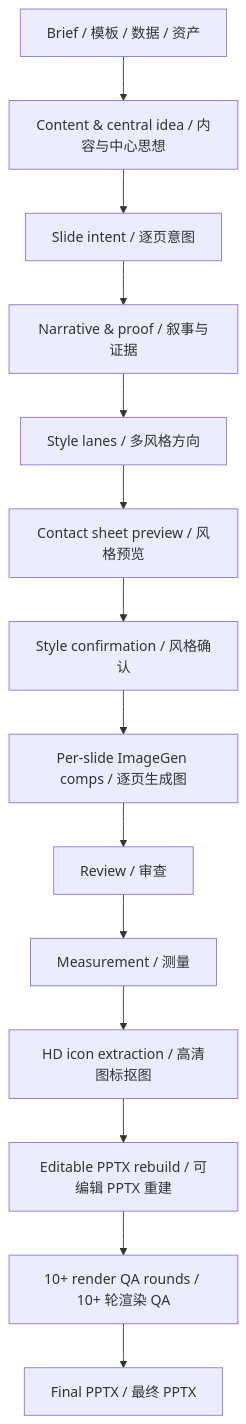
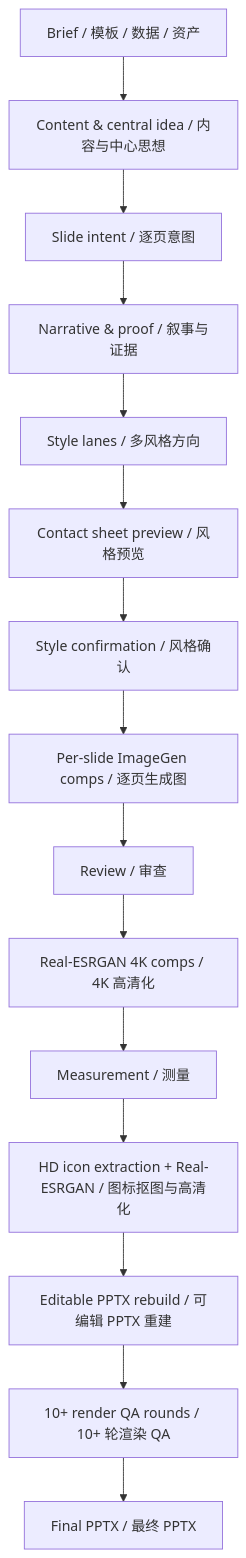
One commit to eddyzzl/imagegen-pptx-pipeline changed the diagram in README.md. Above: the diagram before and after it, drawn with Mermaid. The commit also changed other lines of this file and 12 other files, not shown here.

````diff
--- a/README.md
+++ b/README.md
@@ -77,16 +78,17 @@
 ```mermaid
 flowchart TD
   A[Brief / 模板 / 数据 / 资产] --> B[Content & central idea / 内容与中心思想]
   B --> C[Slide intent / 逐页意图]
   C --> D[Narrative & proof / 叙事与证据]
   D --> E[Style lanes / 多风格方向]
   E --> F[Contact sheet preview / 风格预览]
   F --> G[Style confirmation / 风格确认]
   G --> H[Per-slide ImageGen comps / 逐页生成图]
   H --> I[Review / 审查]
-  I --> J[Measurement / 测量]
-  J --> K[HD icon extraction / 高清图标抠图]
-  K --> L[Editable PPTX rebuild / 可编辑 PPTX 重建]
-  L --> M[10+ render QA rounds / 10+ 轮渲染 QA]
-  M --> N[Final PPTX / 最终 PPTX]
+  I --> J[Real-ESRGAN 4K comps / 4K 高清化]
+  J --> K[Measurement / 测量]
+  K --> L[HD icon extraction + Real-ESRGAN / 图标抠图与高清化]
+  L --> M[Editable PPTX rebuild / 可编辑 PPTX 重建]
+  M --> N[10+ render QA rounds / 10+ 轮渲染 QA]
+  N --> O[Final PPTX / 最终 PPTX]
 ```
````
